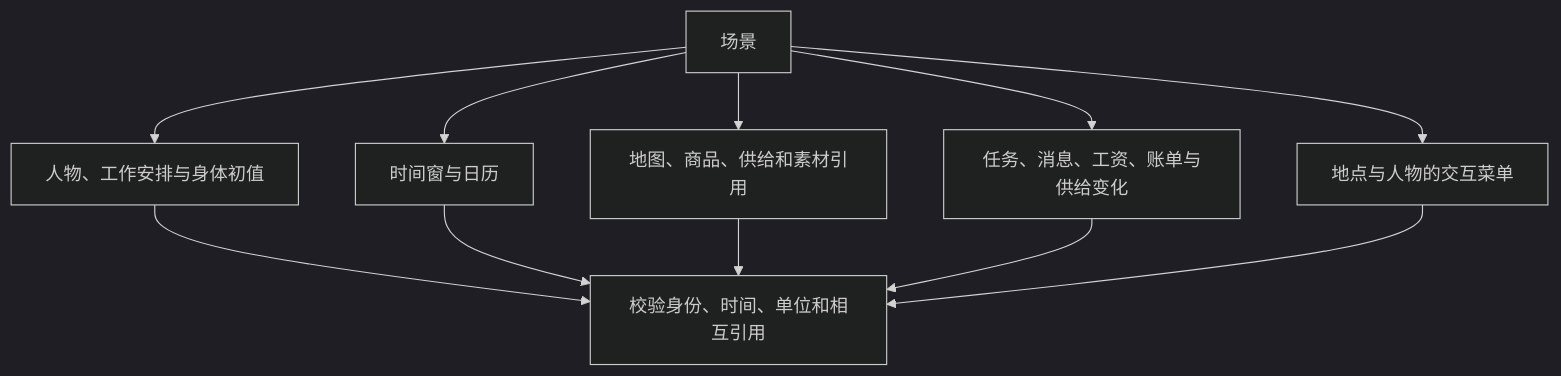
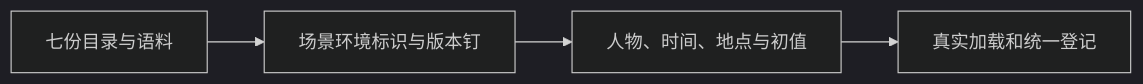
Before and after one commit to HoldThatThgt/WorldMock: the first of 2 diagrams in docs/manual/scenarios.md, drawn with Mermaid (dark theme). The commit also changed other lines of this file and 150 other files, not shown here.

````diff
--- a/docs/manual/scenarios.md
+++ b/docs/manual/scenarios.md
@@ -35,13 +37,6 @@
 ```mermaid
-flowchart TB
-    SCENE[场景] --> PEOPLE[人物、工作安排与身体初值]
-    SCENE --> TIME[时间窗与日历]
-    SCENE --> WORLD[地图、商品、供给和素材引用]
-    SCENE --> EVENTS[任务、消息、工资、账单与供给变化]
-    SCENE --> MENU[地点与人物的交互菜单]
-    PEOPLE --> LOAD[校验身份、时间、单位和相互引用]
-    TIME --> LOAD
-    WORLD --> LOAD
-    EVENTS --> LOAD
-    MENU --> LOAD
+flowchart LR
+    E[七份目录与语料] --> P[场景环境标识与版本钉]
+    P --> S[人物、时间、地点与初值]
+    S --> V[真实加载和统一登记]
 ```
````
